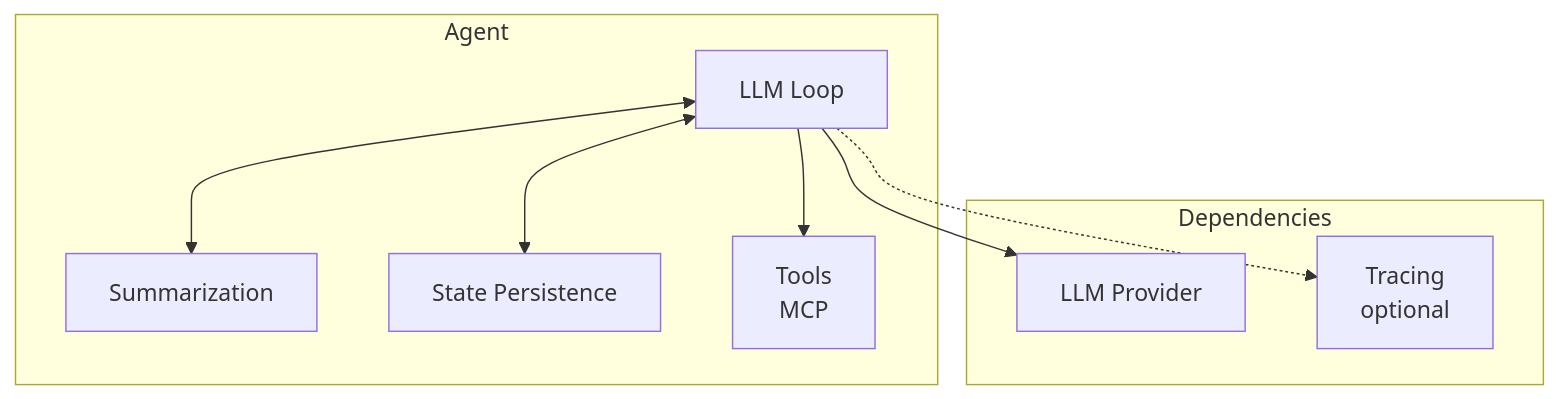
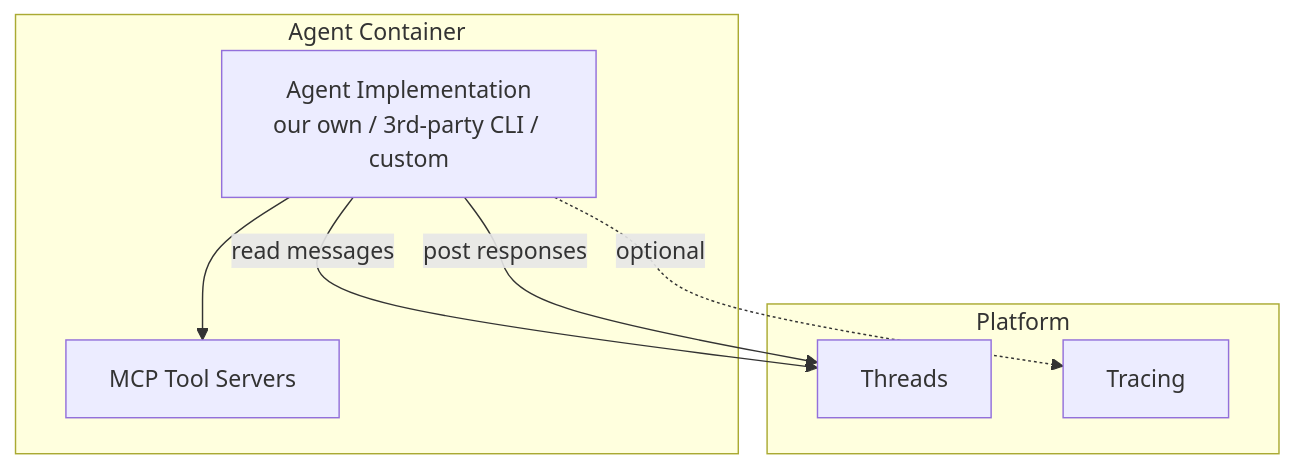
One commit to agynio/architecture changed the first of 3 diagrams in architecture/agent.md. Above: the diagram before and after it, drawn with Mermaid. The commit also changed other lines of this file and 3 other files, not shown here.

First line of the commit message:
Split agent docs: general contract + our implementation

````diff
--- a/architecture/agent.md
+++ b/architecture/agent.md
@@ -9,21 +13,17 @@
 ```mermaid
 graph TB
-    subgraph Agent
-        LLMLoop[LLM Loop]
-        Summarization[Summarization]
-        StatePersistence[State Persistence]
-        Tools[Tools<br/>MCP]
-
-        LLMLoop <--> Summarization
-        LLMLoop <--> StatePersistence
-        LLMLoop --> Tools
+    subgraph "Agent Container"
+        Impl[Agent Implementation<br/>our own / 3rd-party CLI / custom]
+        MCP[MCP Tool Servers]
+        Impl --> MCP
     end
 
-    subgraph Dependencies
-        LLMProvider[LLM Provider]
-        TracingDep[Tracing<br/>optional]
+    subgraph Platform
+        Threads
+        Tracing
     end
 
-    LLMLoop --> LLMProvider
-    LLMLoop -.-> TracingDep
+    Impl -->|read messages| Threads
+    Impl -->|post responses| Threads
+    Impl -.->|optional| Tracing
 ```
````
